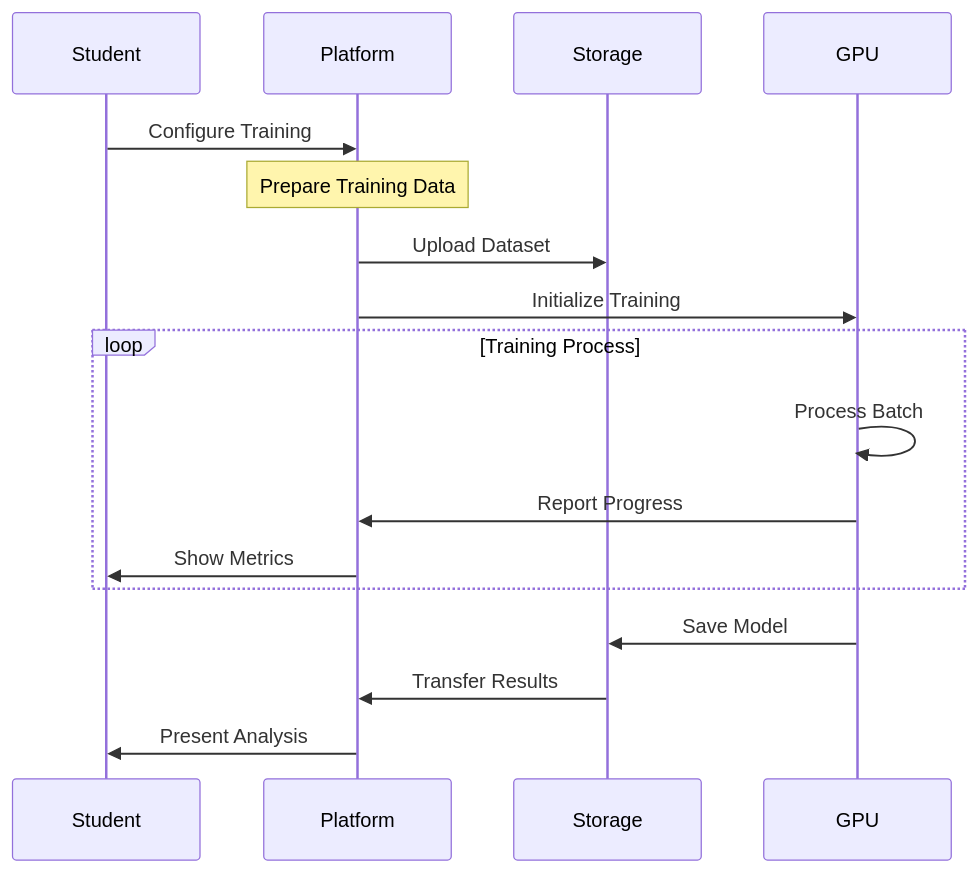
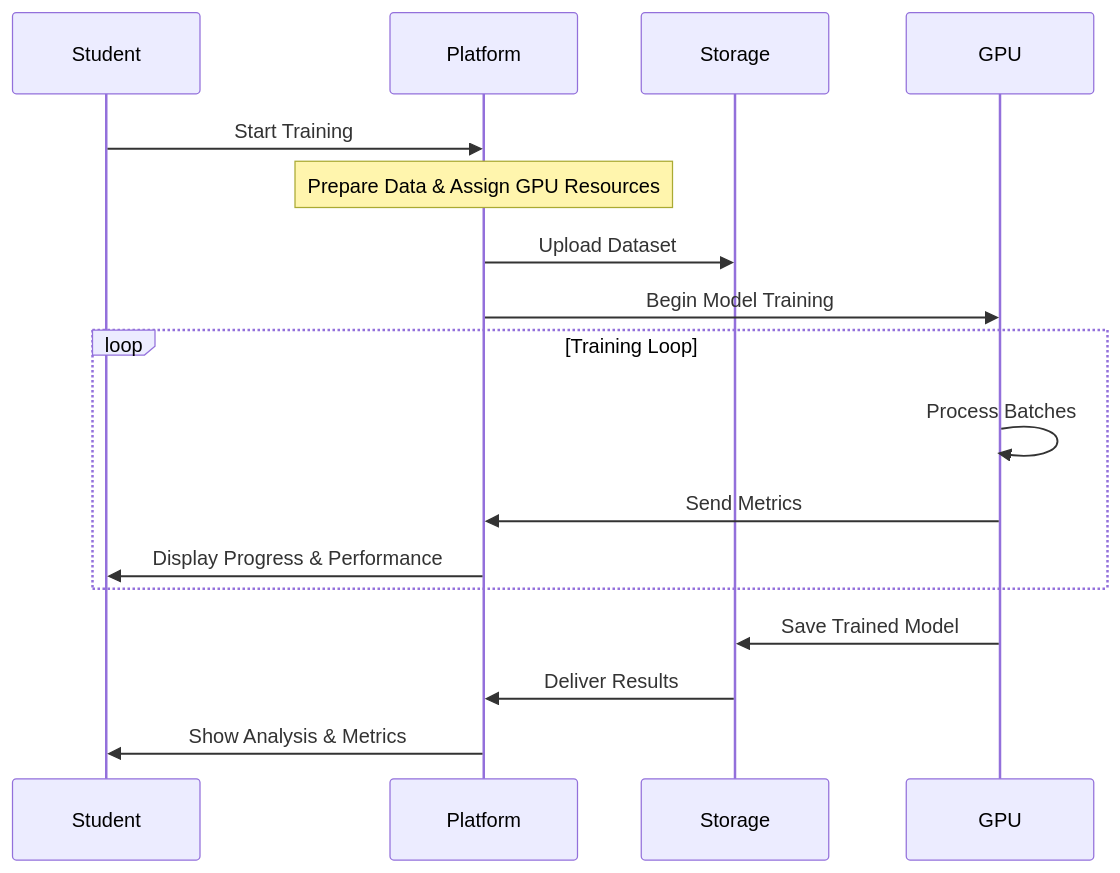
One commit to frontierbio-tech/frontierbio-tech.github.io changed the third of 4 diagrams in test3.md. Above: the diagram before and after it, drawn with Mermaid. The commit also changed other lines of this file, not shown here.

````diff
--- a/test3.md
+++ b/test3.md
@@ -119,23 +103,23 @@
 ```mermaid
 sequenceDiagram
     participant Student
     participant Platform
     participant Storage
     participant GPU
 
-    Student->>Platform: Configure Training
-    Note over Platform: Prepare Training Data
+    Student->>Platform: Start Training
+    Note over Platform: Prepare Data & Assign GPU Resources
     
     Platform->>Storage: Upload Dataset
-    Platform->>GPU: Initialize Training
+    Platform->>GPU: Begin Model Training
     
-    loop Training Process
-        GPU->>GPU: Process Batch
-        GPU->>Platform: Report Progress
-        Platform->>Student: Show Metrics
+    loop Training Loop
+        GPU->>GPU: Process Batches
+        GPU->>Platform: Send Metrics
+        Platform->>Student: Display Progress & Performance
     end
     
-    GPU->>Storage: Save Model
-    Storage->>Platform: Transfer Results
-    Platform->>Student: Present Analysis
+    GPU->>Storage: Save Trained Model
+    Storage->>Platform: Deliver Results
+    Platform->>Student: Show Analysis & Metrics
 ```
````
